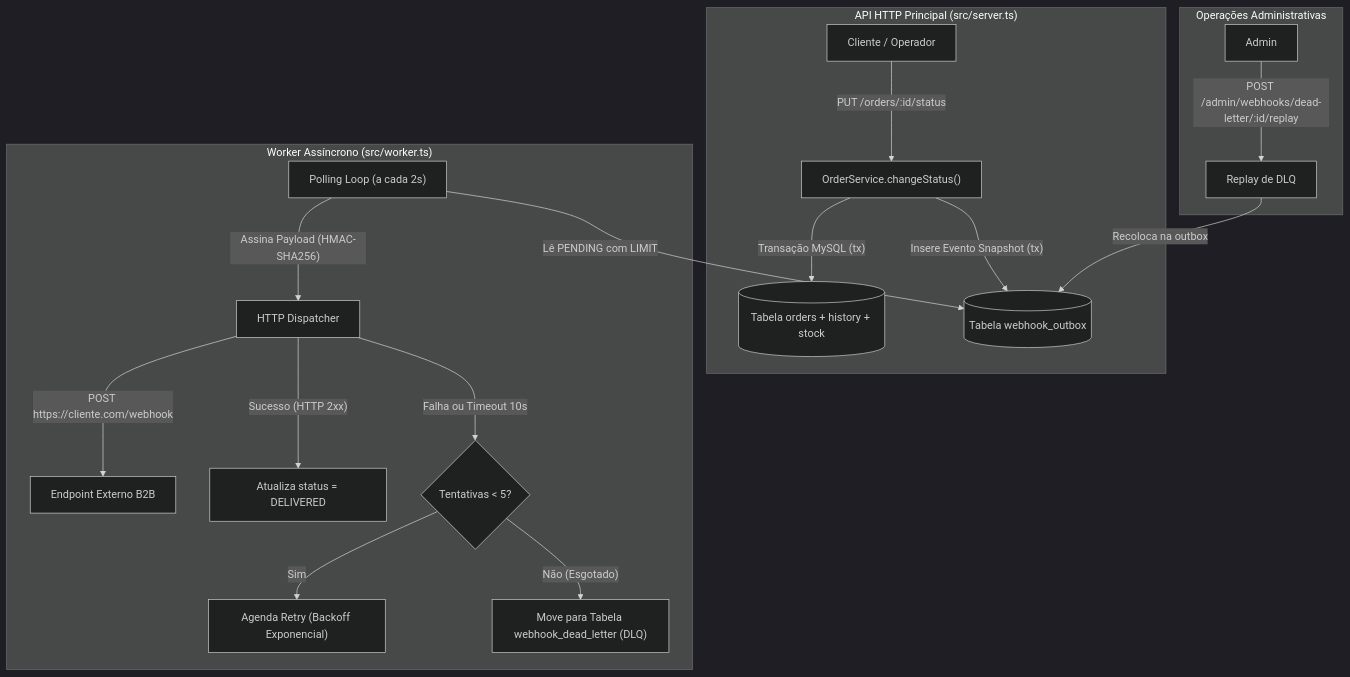
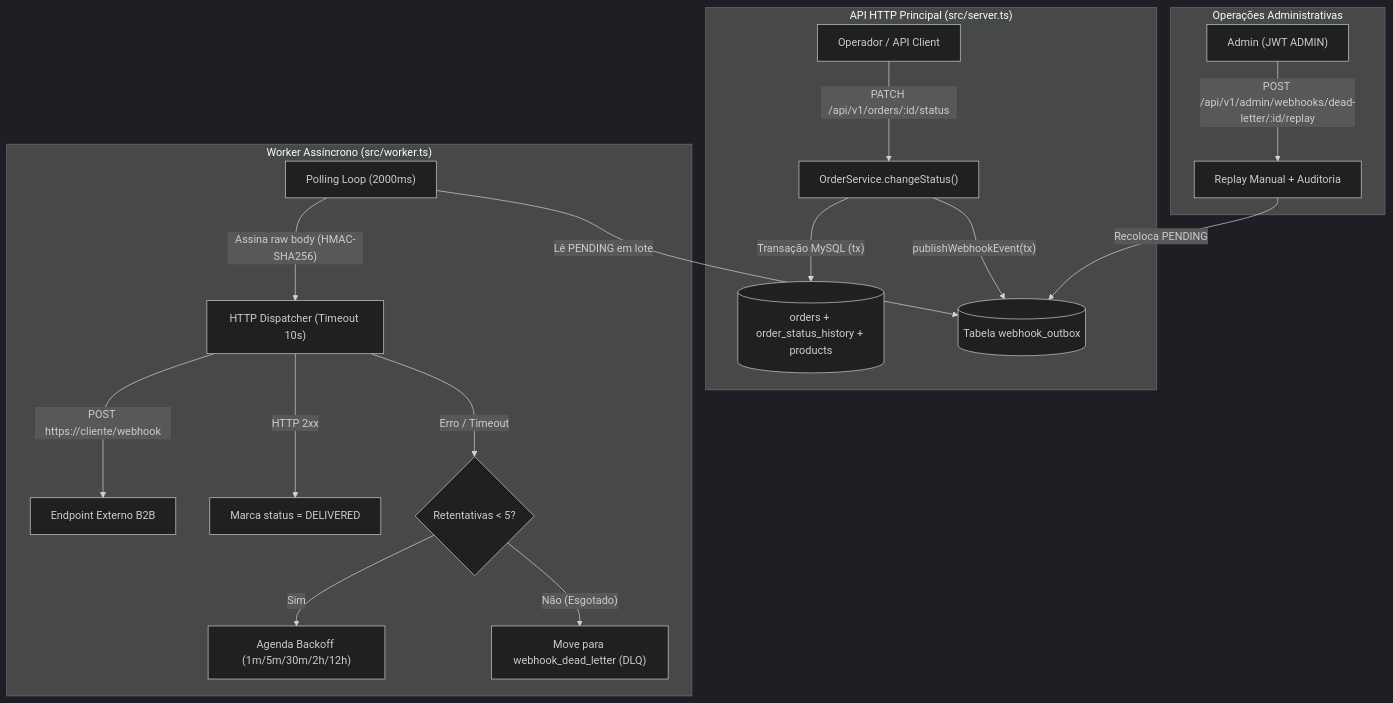
One commit to jhonatanecardoficial/design-docs-com-ia-mba changed the diagram in docs/RFC.md. Above: the diagram before and after it, drawn with Mermaid (dark theme). The commit also changed other lines of this file and 10 other files, not shown here.

````diff
--- a/docs/RFC.md
+++ b/docs/RFC.md
@@ -39,23 +37,23 @@
 ```mermaid
 flowchart TD
     subgraph Core["API HTTP Principal (src/server.ts)"]
-        A["Cliente / Operador"] -->|"PUT /orders/:id/status"| B["OrderService.changeStatus()"]
-        B -->|"Transação MySQL (tx)"| C[("Tabela orders + history + stock")]
-        B -->|"Insere Evento Snapshot (tx)"| D[("Tabela webhook_outbox")]
+        A["Operador / API Client"] -->|"PATCH /api/v1/orders/:id/status"| B["OrderService.changeStatus()"]
+        B -->|"Transação MySQL (tx)"| C[("orders + order_status_history + products")]
+        B -->|"publishWebhookEvent(tx)"| D[("Tabela webhook_outbox")]
     end
 
     subgraph WorkerProcess["Worker Assíncrono (src/worker.ts)"]
-        E["Polling Loop (a cada 2s)"] -->|"Lê PENDING com LIMIT"| D
-        E -->|"Assina Payload (HMAC-SHA256)"| F["HTTP Dispatcher"]
-        F -->|"POST https://cliente.com/webhook"| G["Endpoint Externo B2B"]
-        F -->|"Sucesso (HTTP 2xx)"| H["Atualiza status = DELIVERED"]
-        F -->|"Falha ou Timeout 10s"| I{"Tentativas < 5?"}
-        I -->|"Sim"| J["Agenda Retry (Backoff Exponencial)"]
-        I -->|"Não (Esgotado)"| K["Move para Tabela webhook_dead_letter (DLQ)"]
+        E["Polling Loop (2000ms)"] -->|"Lê PENDING em lote"| D
+        E -->|"Assina raw body (HMAC-SHA256)"| F["HTTP Dispatcher (Timeout 10s)"]
+        F -->|"POST https://cliente/webhook"| G["Endpoint Externo B2B"]
+        F -->|"HTTP 2xx"| H["Marca status = DELIVERED"]
+        F -->|"Erro / Timeout"| I{"Retentativas < 5?"}
+        I -->|"Sim"| J["Agenda Backoff (1m/5m/30m/2h/12h)"]
+        I -->|"Não (Esgotado)"| K["Move para webhook_dead_letter (DLQ)"]
     end
 
     subgraph AdminOps["Operações Administrativas"]
-        L["Admin"] -->|"POST /admin/webhooks/dead-letter/:id/replay"| M["Replay de DLQ"]
-        M -->|"Recoloca na outbox"| D
+        L["Admin (JWT ADMIN)"] -->|"POST /api/v1/admin/webhooks/dead-letter/:id/replay"| M["Replay Manual + Auditoria"]
+        M -->|"Recoloca PENDING"| D
     end
 ```
````
